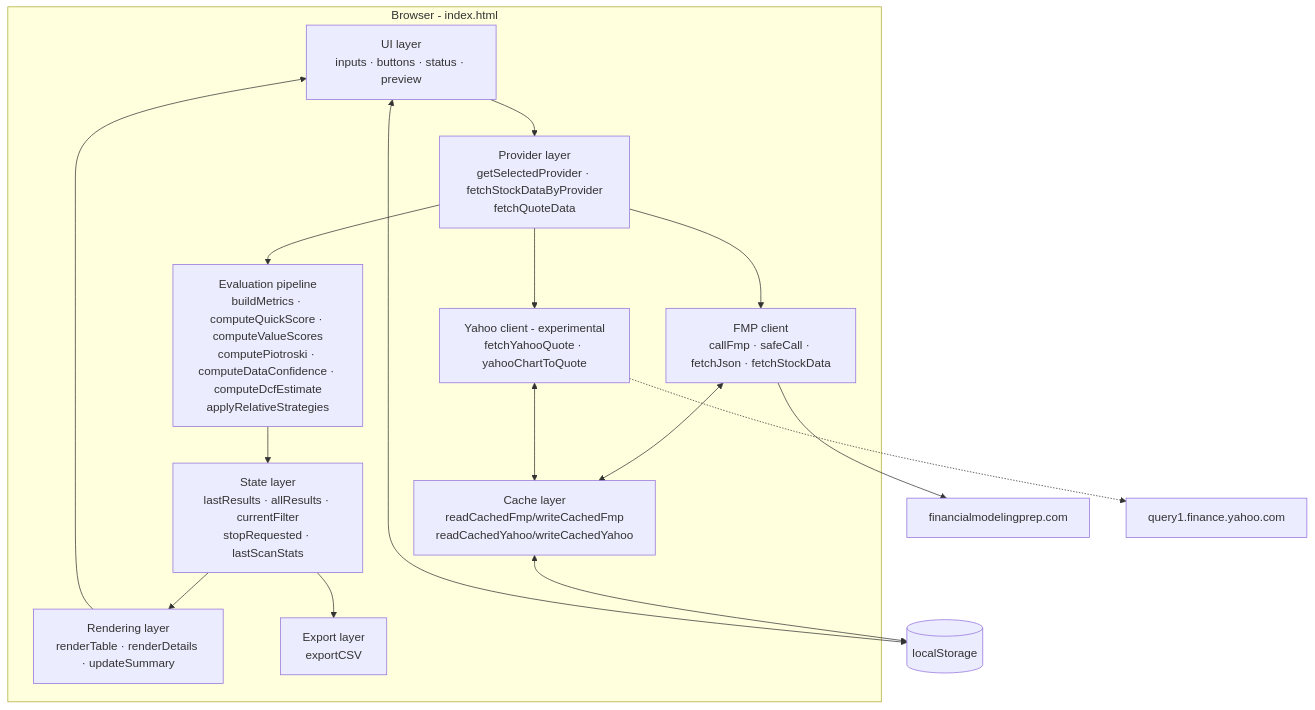
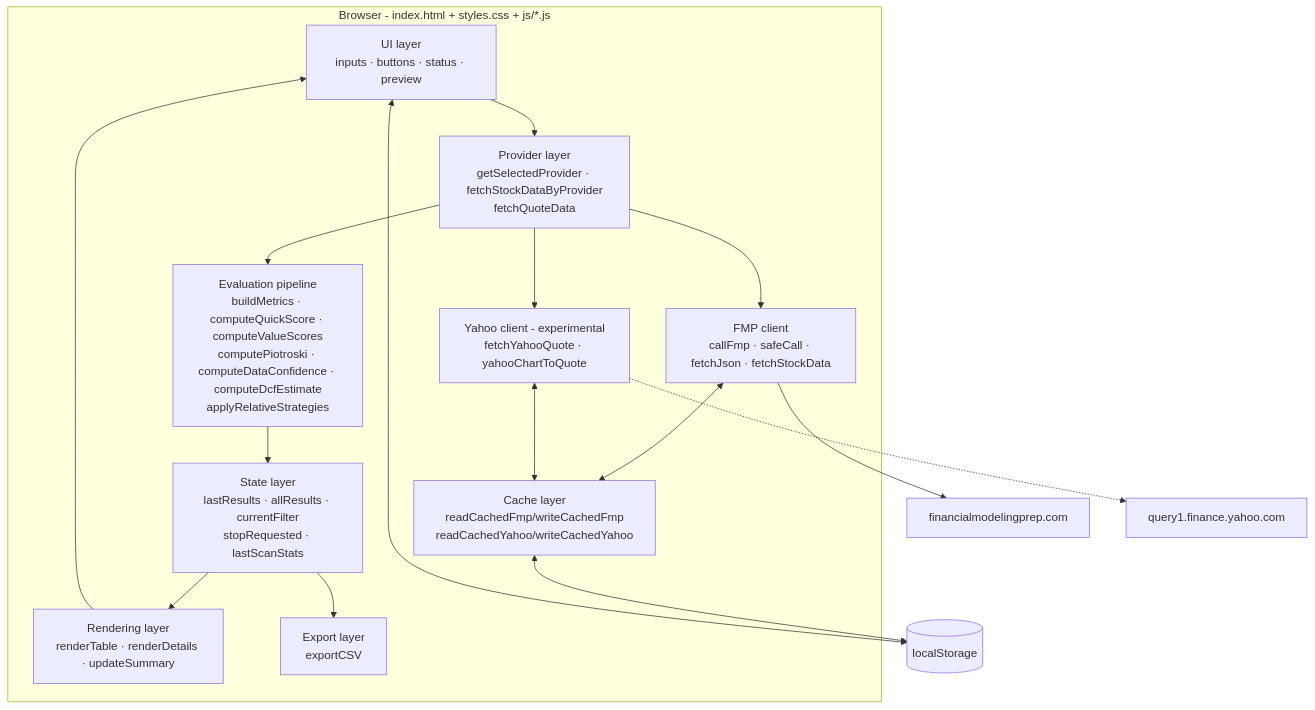
The first of 2 diagrams in docs/architecture.md (Shlomi-Hazan/value-stock-finder), drawn with Mermaid before and after one commit. The commit also changed other lines of this file and 27 other files, not shown here.

````diff
--- a/docs/architecture.md
+++ b/docs/architecture.md
@@ -26,29 +37,29 @@
 ```mermaid
 flowchart TB
-  subgraph Browser["Browser - index.html"]
+  subgraph Browser["Browser - index.html + styles.css + js/*.js"]
     UI["UI layer<br/>inputs · buttons · status · preview"]
     State["State layer<br/>lastResults · allResults · currentFilter<br/>stopRequested · lastScanStats"]
     Prov["Provider layer<br/>getSelectedProvider · fetchStockDataByProvider<br/>fetchQuoteData"]
     FMPc["FMP client<br/>callFmp · safeCall · fetchJson · fetchStockData"]
     YC["Yahoo client - experimental<br/>fetchYahooQuote · yahooChartToQuote"]
     Cache["Cache layer<br/>readCachedFmp/writeCachedFmp<br/>readCachedYahoo/writeCachedYahoo"]
     Eval["Evaluation pipeline<br/>buildMetrics · computeQuickScore · computeValueScores<br/>computePiotroski · computeDataConfidence · computeDcfEstimate<br/>applyRelativeStrategies"]
     Render["Rendering layer<br/>renderTable · renderDetails · updateSummary"]
     Export["Export layer<br/>exportCSV"]
   end
   LS[("localStorage")]
   FMP["financialmodelingprep.com"]
   YF["query1.finance.yahoo.com"]
 
   UI --> Prov
   Prov --> FMPc
   Prov --> YC
   FMPc <--> Cache
   YC <--> Cache
   Cache <--> LS
   UI <--> LS
   FMPc --> FMP
   YC -.-> YF
   Prov --> Eval --> State --> Render --> UI
   State --> Export
 ```
````
